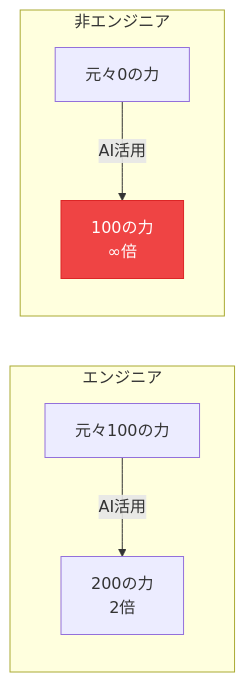
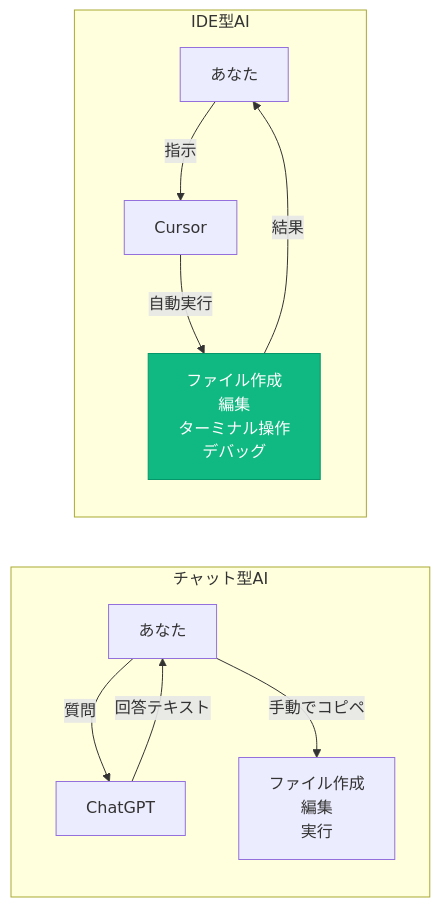
One commit to rsensui2/vibecoder-bootcamp changed the fifth of 17 diagrams in docs/研修内容/2025年9月/第一回/1-1_オリエンテーションとマインドセット変革.md. Above: the diagram before and after it, drawn with Mermaid. The commit also changed other lines of this file and 229 other files, not shown here.

````diff
--- a/docs/研修内容/2025年9月/第一回/1-1_オリエンテーションとマインドセット変革.md
+++ b/docs/研修内容/2025年9月/第一回/1-1_オリエンテーションとマインドセット変革.md
@@ -372,12 +488,16 @@
 ```mermaid
 graph LR
-    subgraph "エンジニア"
-        E1[元々100の力] -->|AI活用| E2[200の力<br/>2倍]
+    subgraph "チャット型AI"
+        You1[あなた] -->|質問| AI1[ChatGPT]
+        AI1 -->|回答テキスト| You1
+        You1 -->|手動でコピペ| Manual[ファイル作成<br/>編集<br/>実行]
     end
-    
-    subgraph "非エンジニア"
-        N1[元々0の力] -->|AI活用| N2[100の力<br/>∞倍]
+
+    subgraph "IDE型AI"
+        You2[あなた] -->|指示| AI2[Cursor]
+        AI2 -->|自動実行| Auto[ファイル作成<br/>編集<br/>ターミナル操作<br/>デバッグ]
+        Auto -->|結果| You2
     end
-    
-    style N2 fill:#ef4444,stroke:#dc2626,color:#fff
+
+    style Auto fill:#10b981,stroke:#059669,color:#fff
 ```
````
